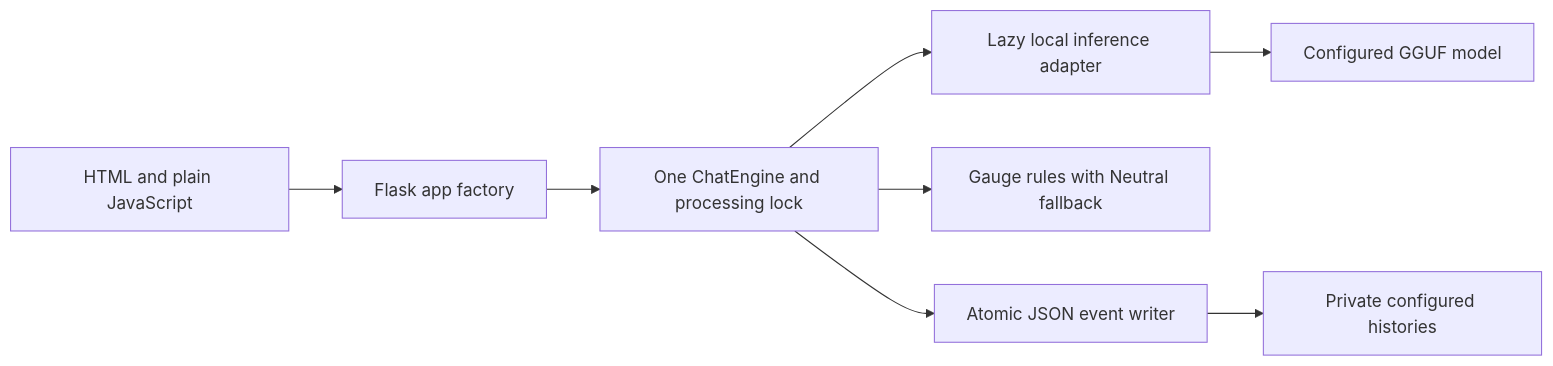
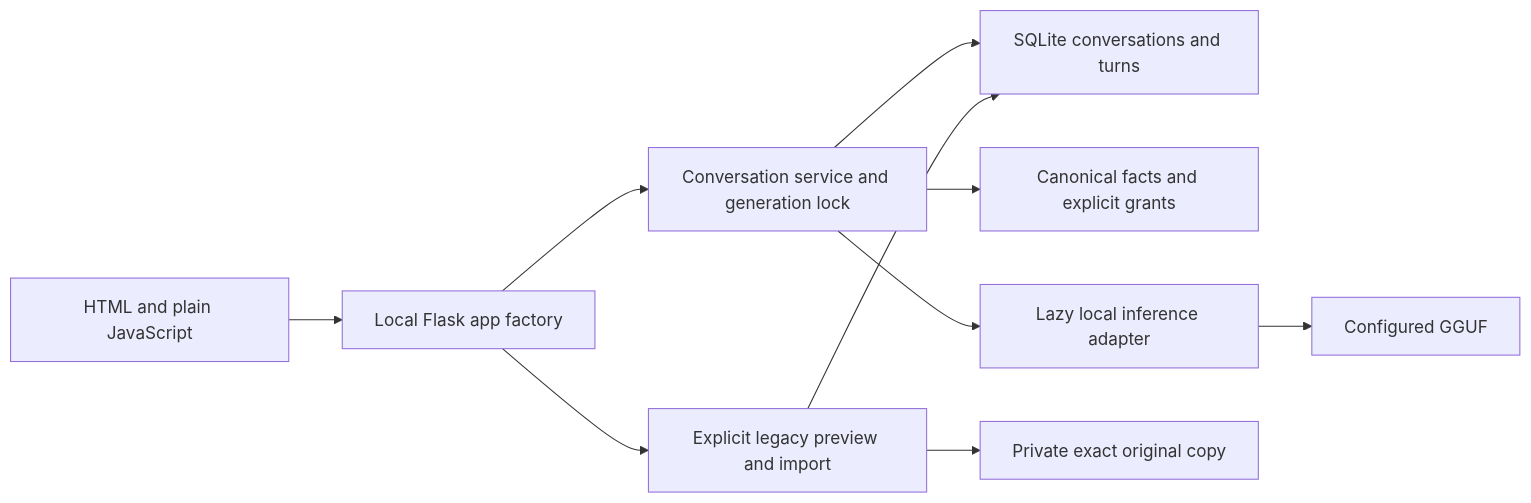
Before and after one commit to LYF-FC/incanta: the diagram in ARCHITECTURE.md, drawn with Mermaid. The commit also changed other lines of this file and 41 other files, not shown here.

````diff
--- a/ARCHITECTURE.md
+++ b/ARCHITECTURE.md
@@ -5,10 +5,12 @@
 ```mermaid
 flowchart LR
-    Browser[HTML and plain JavaScript] --> Flask[Flask app factory]
-    Flask --> Engine[One ChatEngine and processing lock]
-    Engine --> Adapter[Lazy local inference adapter]
-    Adapter --> Model[Configured GGUF model]
-    Engine --> Gauges[Gauge rules with Neutral fallback]
-    Engine --> Memory[Atomic JSON event writer]
-    Memory --> Disk[Private configured histories]
+    Browser[HTML and plain JavaScript] --> Flask[Local Flask app factory]
+    Flask --> Service[Conversation service and generation lock]
+    Service --> Store[SQLite conversations and turns]
+    Service --> Facts[Canonical facts and explicit grants]
+    Service --> Adapter[Lazy local inference adapter]
+    Adapter --> Model[Configured GGUF]
+    Flask --> Import[Explicit legacy preview and import]
+    Import --> Copy[Private exact original copy]
+    Import --> Store
 ```
````
